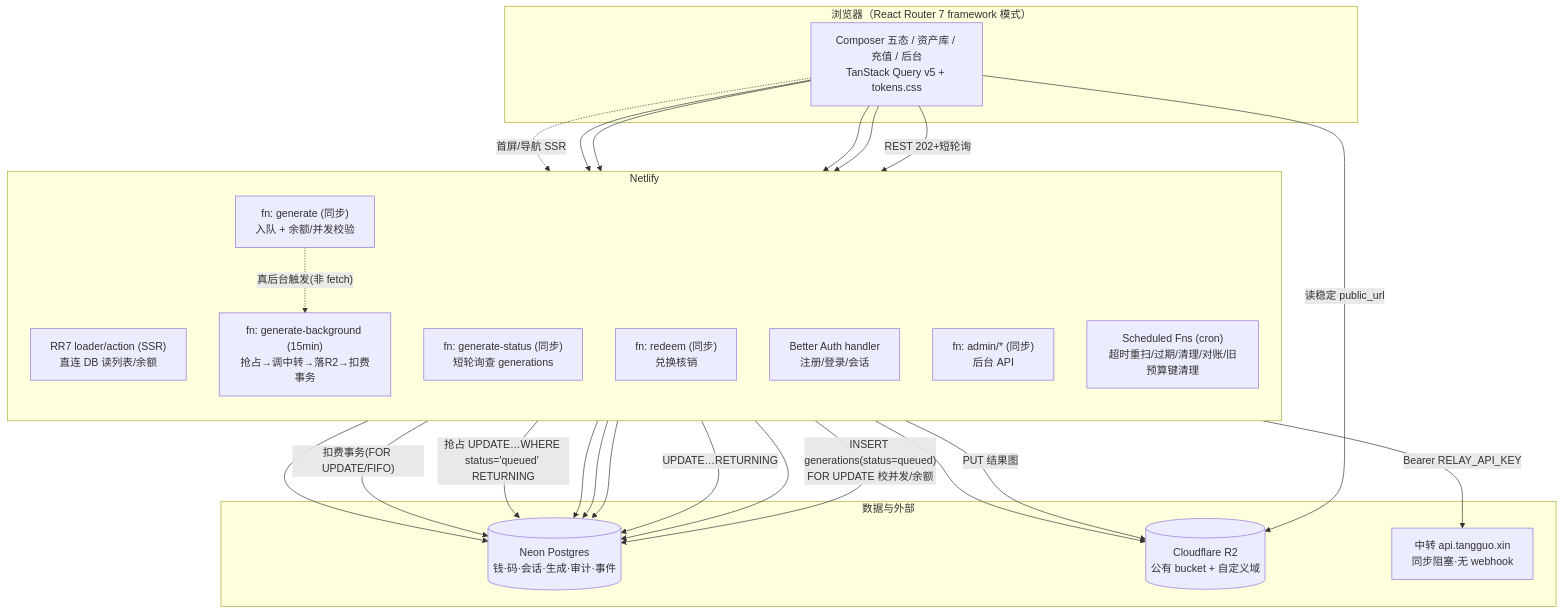
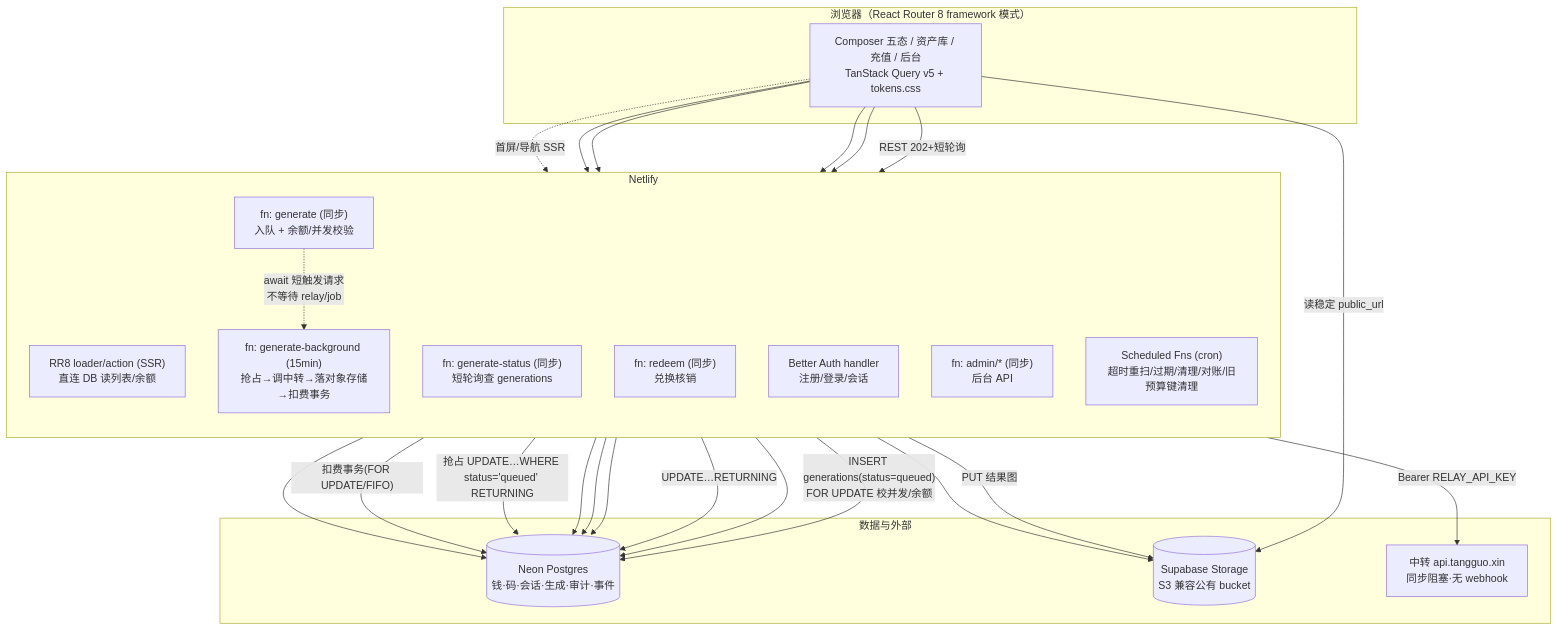
Before and after one commit to Ttt599536561/image-2: the first of 6 diagrams in docs/dev/01-architecture.md, drawn with Mermaid. The commit also changed other lines of this file and 20 other files, not shown here.

````diff
--- a/docs/dev/01-architecture.md
+++ b/docs/dev/01-architecture.md
@@ -8,48 +8,48 @@
 ```mermaid
 flowchart TB
-  subgraph Client["浏览器（React Router 7 framework 模式）"]
+  subgraph Client["浏览器（React Router 8 framework 模式）"]
     UI["Composer 五态 / 资产库 / 充值 / 后台\nTanStack Query v5 + tokens.css"]
   end
 
   subgraph Netlify["Netlify"]
     direction TB
-    Loader["RR7 loader/action (SSR)\n直连 DB 读列表/余额"]
+    Loader["RR8 loader/action (SSR)\n直连 DB 读列表/余额"]
     FnSubmit["fn: generate (同步)\n入队 + 余额/并发校验"]
     FnStatus["fn: generate-status (同步)\n短轮询查 generations"]
     FnRedeem["fn: redeem (同步)\n兑换核销"]
     FnAuth["Better Auth handler\n注册/登录/会话"]
     FnAdmin["fn: admin/* (同步)\n后台 API"]
-    BG["fn: generate-background (15min)\n抢占→调中转→落R2→扣费事务"]
+    BG["fn: generate-background (15min)\n抢占→调中转→落对象存储→扣费事务"]
     Cron["Scheduled Fns (cron)\n超时重扫/过期/清理/对账/旧预算键清理"]
   end
 
   subgraph Data["数据与外部"]
     Neon[("Neon Postgres\n钱·码·会话·生成·审计·事件")]
-    R2[("Cloudflare R2\n公有 bucket + 自定义域")]
+    Storage[("Supabase Storage\nS3 兼容公有 bucket")]
     Relay["中转 api.tangguo.xin\n同步阻塞·无 webhook"]
   end
 
   UI -->|"REST 202+短轮询"| FnSubmit
   UI --> FnStatus
   UI --> FnRedeem
   UI --> FnAuth
   UI --> FnAdmin
   UI -.->|"首屏/导航 SSR"| Loader
 
   FnSubmit -->|"INSERT generations(status=queued)\nFOR UPDATE 校并发/余额"| Neon
-  FnSubmit -.->|"真后台触发(非 fetch)"| BG
+  FnSubmit -.->|"await 短触发请求\n不等待 relay/job"| BG
   FnStatus --> Neon
   FnRedeem -->|"UPDATE…RETURNING"| Neon
   FnAuth --> Neon
   FnAdmin --> Neon
   Loader --> Neon
 
   BG -->|"抢占 UPDATE…WHERE status='queued' RETURNING"| Neon
   BG -->|"Bearer RELAY_API_KEY"| Relay
-  BG -->|"PUT 结果图"| R2
+  BG -->|"PUT 结果图"| Storage
   BG -->|"扣费事务(FOR UPDATE/FIFO)"| Neon
 
   Cron --> Neon
-  Cron --> R2
-  UI -->|"读稳定 public_url"| R2
+  Cron --> Storage
+  UI -->|"读稳定 public_url"| Storage
 ```
````
